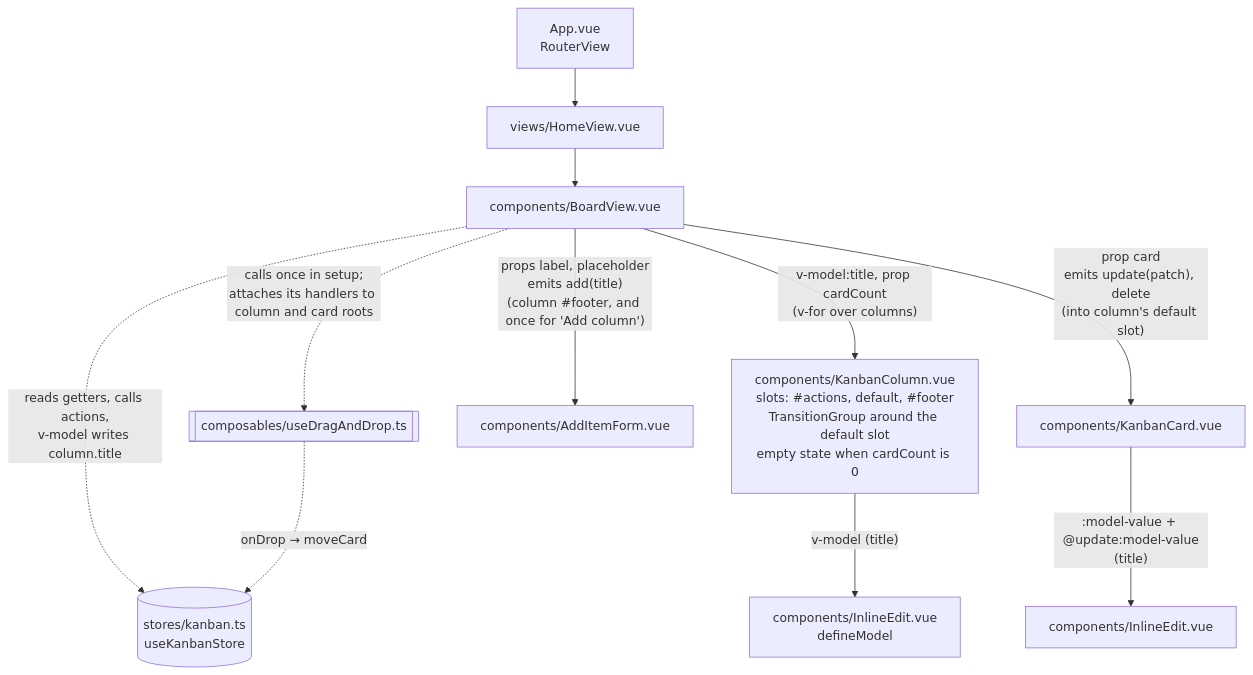
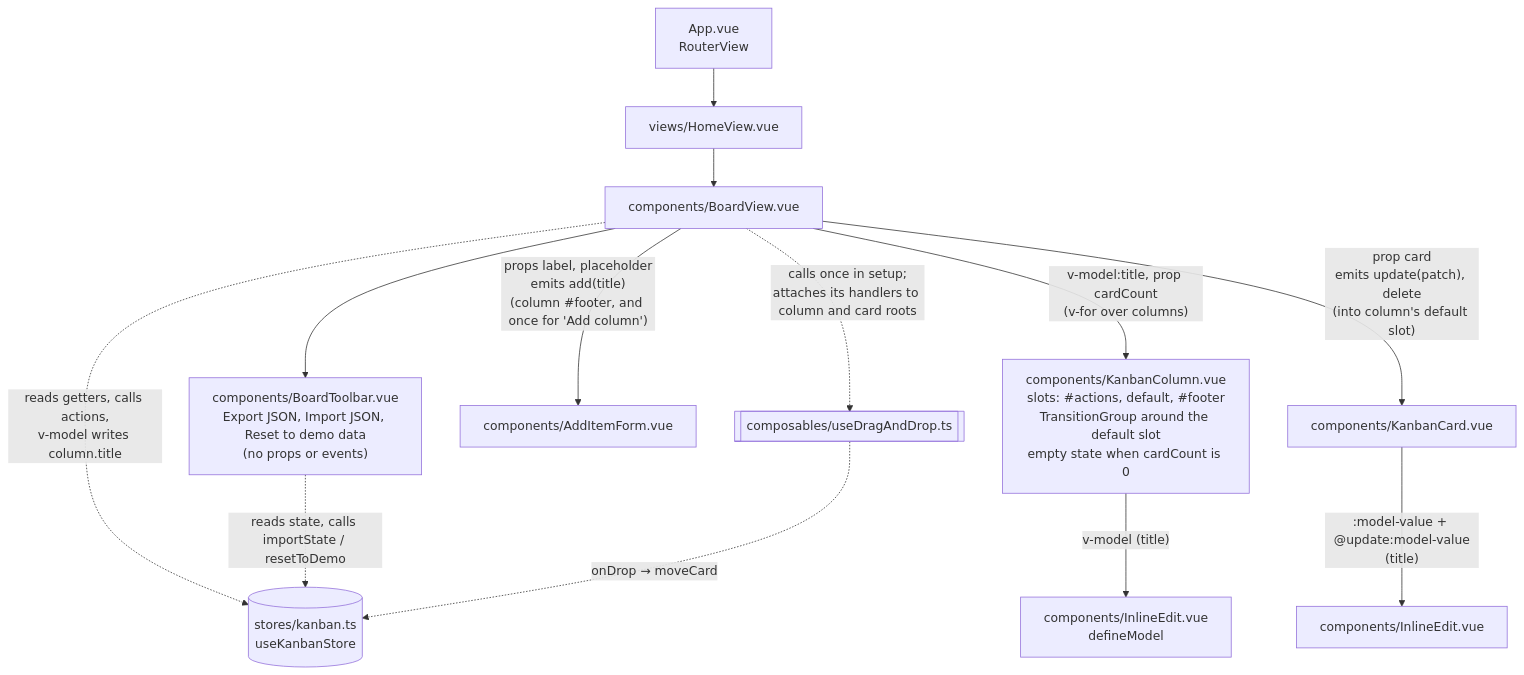
One commit to 0quasarquantum0/Kanban_Vue changed the second of 8 diagrams in docs/architecture.md. Above: the diagram before and after it, drawn with Mermaid. The commit also changed other lines of this file and 7 other files, not shown here.

Commit message:
phase 5: localStorage persistence, JSON import/export and reset

````diff
--- a/docs/architecture.md
+++ b/docs/architecture.md
@@ -22,18 +22,21 @@
 ```mermaid
 flowchart TD
   app["App.vue<br/>RouterView"] --> home["views/HomeView.vue"]
   home --> board["components/BoardView.vue"]
   store[("stores/kanban.ts<br/>useKanbanStore")]
   board -. "reads getters, calls actions,<br/>v-model writes column.title" .-> store
 
   board -- "v-model:title, prop cardCount<br/>(v-for over columns)" --> column["components/KanbanColumn.vue<br/>slots: #actions, default, #footer<br/>TransitionGroup around the default slot<br/>empty state when cardCount is 0"]
   board -- "prop card<br/>emits update(patch), delete<br/>(into column's default slot)" --> card["components/KanbanCard.vue"]
   board -- "props label, placeholder<br/>emits add(title)<br/>(column #footer, and once for 'Add column')" --> add["components/AddItemForm.vue"]
 
+  board --> toolbar["components/BoardToolbar.vue<br/>Export JSON, Import JSON, Reset to demo data<br/>(no props or events)"]
+  toolbar -. "reads state, calls importState / resetToDemo" .-> store
+
   dnd[["composables/useDragAndDrop.ts"]]
   board -. "calls once in setup;<br/>attaches its handlers to column and card roots" .-> dnd
   dnd -. "onDrop → moveCard" .-> store
 
   column -- "v-model (title)" --> inlineCol["components/InlineEdit.vue<br/>defineModel"]
   card -- ":model-value + @update:model-value<br/>(title)" --> inlineCard["components/InlineEdit.vue"]
 ```
````
